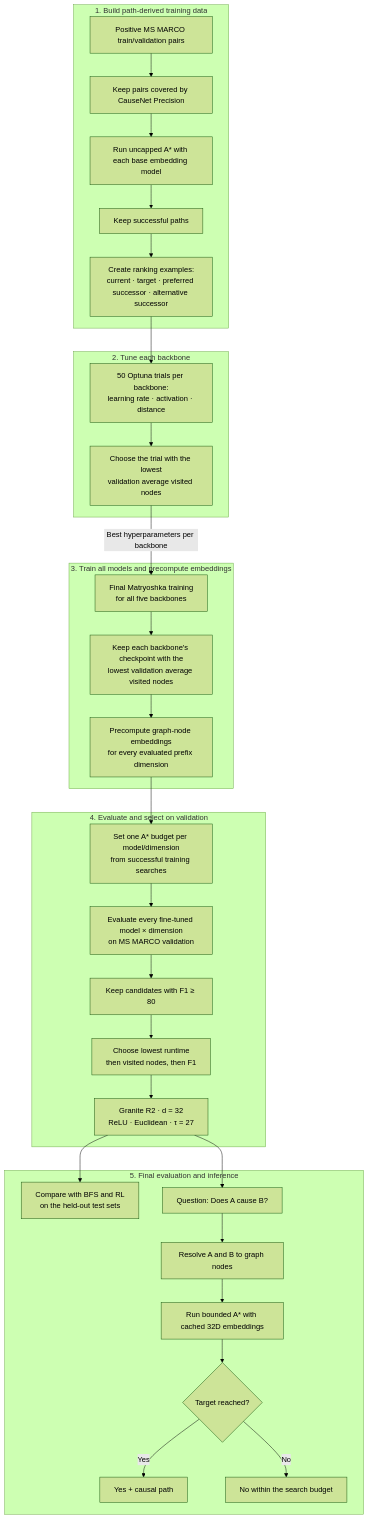
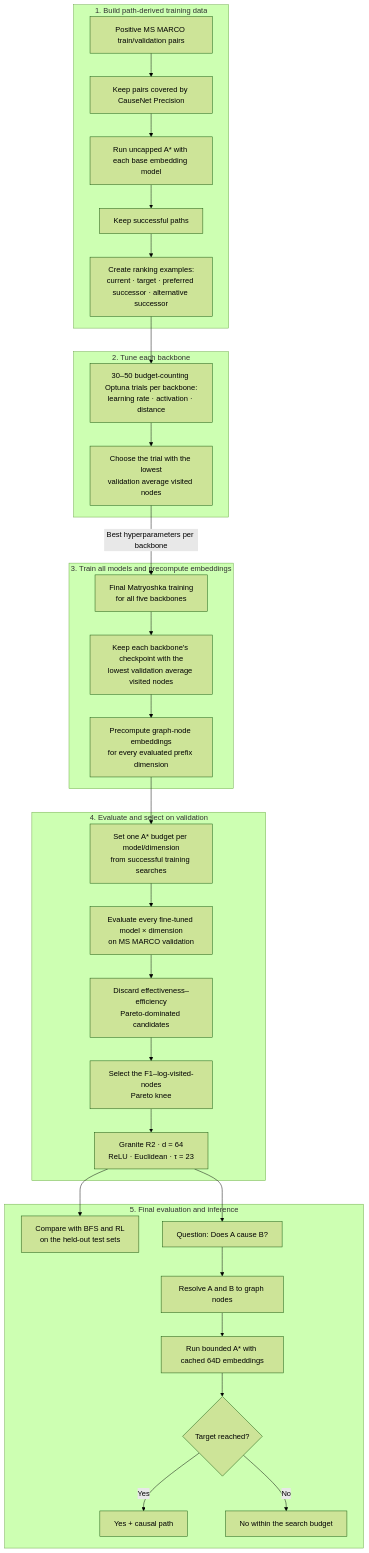
Before and after one commit to AshkanKiafard/thesis: the diagram in README.md, drawn with Mermaid (forest theme). The commit also changed other lines of this file, not shown here.

````diff
--- a/README.md
+++ b/README.md
@@ -21,38 +21,38 @@
 ```mermaid
 flowchart TB
   subgraph Data["1. Build path-derived training data"]
     PAIRS["Positive MS MARCO train/validation pairs"] --> COVER["Keep pairs covered by CauseNet Precision"]
     COVER --> BASE["Run uncapped A* with each base embedding model"]
     BASE --> PATHS["Keep successful paths"]
     PATHS --> QUADS["Create ranking examples:<br/>current · target · preferred successor · alternative successor"]
   end
 
   subgraph Tuning["2. Tune each backbone"]
-    QUADS --> OPTUNA["50 Optuna trials per backbone:<br/>learning rate · activation · distance"]
+    QUADS --> OPTUNA["30–50 budget-counting Optuna trials per backbone:<br/>learning rate · activation · distance"]
     OPTUNA --> TRIALVAL["Choose the trial with the lowest<br/>validation average visited nodes"]
   end
 
   subgraph Training["3. Train all models and precompute embeddings"]
     TRIALVAL -->|Best hyperparameters per backbone| TRAIN["Final Matryoshka training<br/>for all five backbones"]
     TRAIN --> CHECKPOINT["Keep each backbone's checkpoint with the<br/>lowest validation average visited nodes"]
     CHECKPOINT --> CACHE["Precompute graph-node embeddings<br/>for every evaluated prefix dimension"]
   end
 
   subgraph Selection["4. Evaluate and select on validation"]
     CACHE --> BUDGET["Set one A* budget per model/dimension<br/>from successful training searches"]
     BUDGET --> MODELEVAL["Evaluate every fine-tuned model × dimension<br/>on MS MARCO validation"]
-    MODELEVAL --> GATE["Keep candidates with F1 ≥ 80"]
-    GATE --> RANK["Choose lowest runtime<br/>then visited nodes, then F1"]
-    RANK --> SELECTED["Granite R2 · d = 32<br/>ReLU · Euclidean · τ = 27"]
+    MODELEVAL --> FRONTIER["Discard effectiveness–efficiency<br/>Pareto-dominated candidates"]
+    FRONTIER --> KNEE["Select the F1–log-visited-nodes<br/>Pareto knee"]
+    KNEE --> SELECTED["Granite R2 · d = 64<br/>ReLU · Euclidean · τ = 23"]
   end
 
   subgraph Use["5. Final evaluation and inference"]
     SELECTED --> TEST["Compare with BFS and RL<br/>on the held-out test sets"]
     SELECTED --> QUESTION["Question: Does A cause B?"]
     QUESTION --> MAP["Resolve A and B to graph nodes"]
-    MAP --> ASTAR["Run bounded A* with cached 32D embeddings"]
+    MAP --> ASTAR["Run bounded A* with cached 64D embeddings"]
     ASTAR --> REACHED{"Target reached?"}
     REACHED -->|Yes| YES["Yes + causal path"]
     REACHED -->|No| NO["No within the search budget"]
   end
 ```
````
